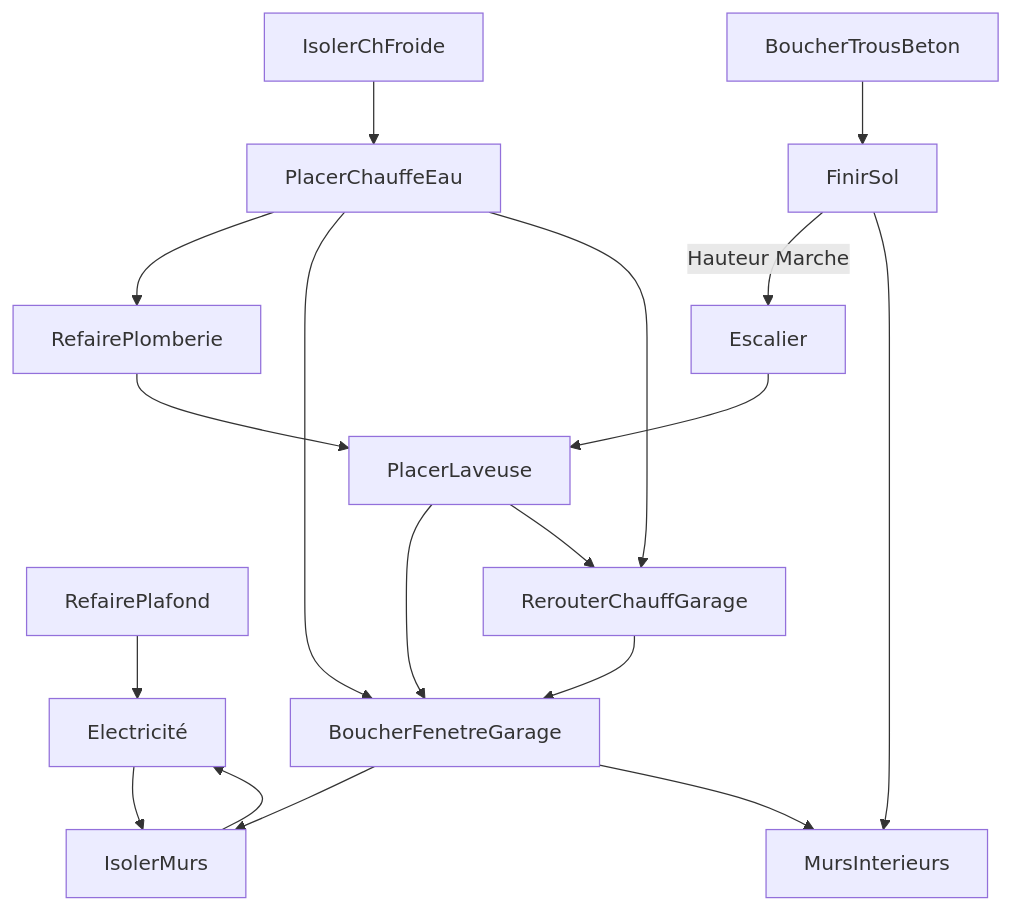
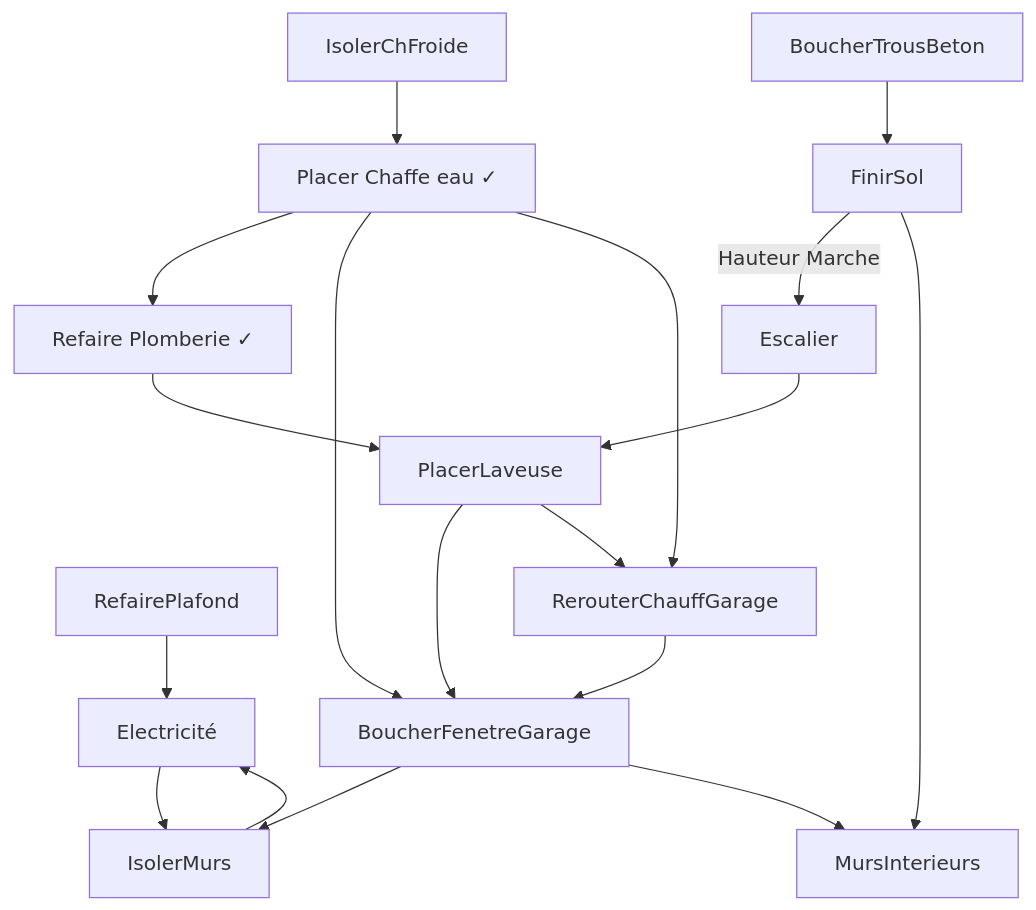
Before and after one commit to jorisdeguet/jorisdeguet.github.io: the diagram in travaux.md, drawn with Mermaid.

````diff
--- a/travaux.md
+++ b/travaux.md
@@ -1,25 +1,25 @@
 ```mermaid
 graph TD
     RefairePlafond
     BoucherTrousBeton --> FinirSol
     FinirSol -- Hauteur Marche --> Escalier
     BoucherFenetreGarage --> IsolerMurs
     IsolerChFroide --> PlacerChauffeEau
-    PlacerChauffeEau --> RefairePlomberie
+    PlacerChauffeEau[Placer Chaffe eau ✓] --> RefairePlomberie
 
     FinirSol --> MursInterieurs
     BoucherFenetreGarage -->MursInterieurs
     PlacerChauffeEau --> BoucherFenetreGarage
     PlacerLaveuse --> BoucherFenetreGarage
-    RefairePlomberie --> PlacerLaveuse
+    RefairePlomberie[Refaire Plomberie ✓] --> PlacerLaveuse
     RefairePlafond --> Electricité
     Electricité --> IsolerMurs
 IsolerMurs --> Electricité
     PlacerChauffeEau --> RerouterChauffGarage
     PlacerLaveuse --> RerouterChauffGarage
     Escalier --> PlacerLaveuse
     RerouterChauffGarage  --> BoucherFenetreGarage
     
 
 
 ```
````
